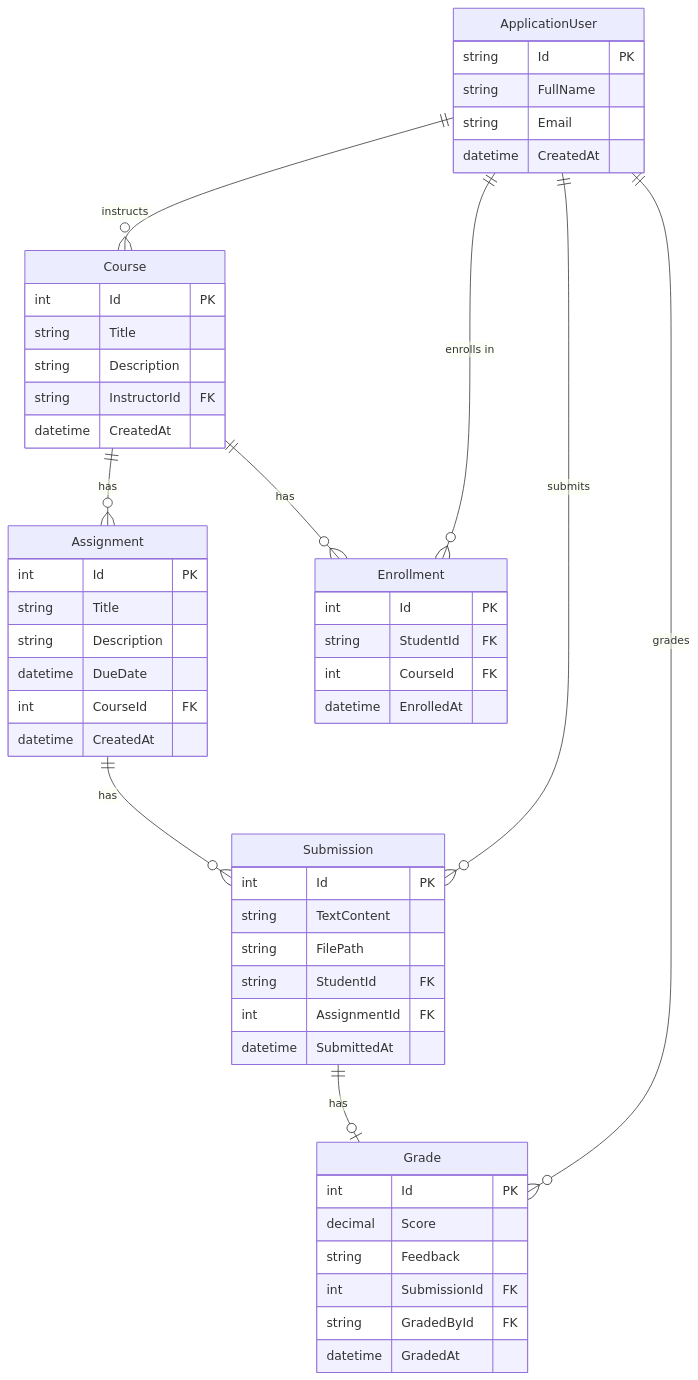
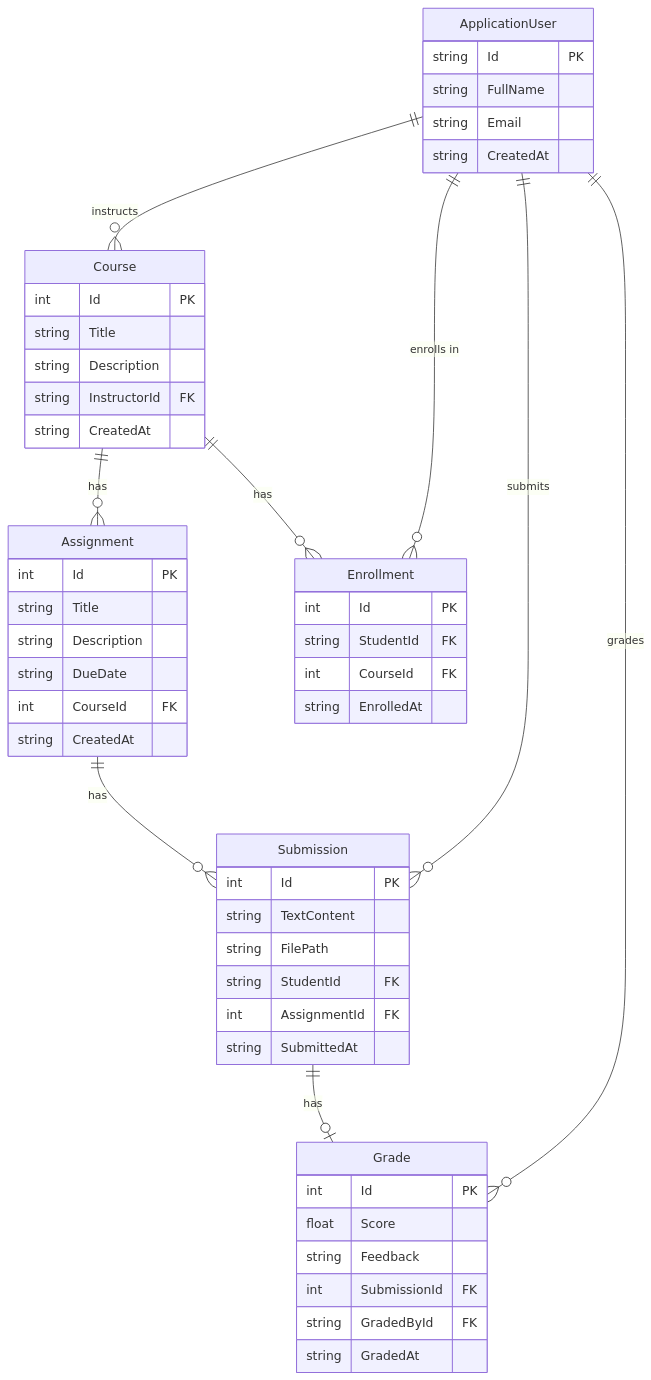
Before and after one commit to jianweicheng0822/learning-management-system: the diagram in README.md, drawn with Mermaid.

Commit message:
fix: use mermaid-compatible types in ER diagram
Replace datetime and decimal with string and float to fix GitHub's
mermaid renderer failing with unrecognized attribute types.

````diff
--- a/README.md
+++ b/README.md
@@ -118,55 +118,55 @@
 ```mermaid
 erDiagram
     ApplicationUser ||--o{ Course : "instructs"
     ApplicationUser ||--o{ Enrollment : "enrolls in"
     ApplicationUser ||--o{ Submission : "submits"
     ApplicationUser ||--o{ Grade : "grades"
     Course ||--o{ Assignment : has
     Course ||--o{ Enrollment : has
     Assignment ||--o{ Submission : has
     Submission ||--o| Grade : has
 
     ApplicationUser {
         string Id PK
         string FullName
         string Email
-        datetime CreatedAt
+        string CreatedAt
     }
     Course {
         int Id PK
         string Title
         string Description
         string InstructorId FK
-        datetime CreatedAt
+        string CreatedAt
     }
     Assignment {
         int Id PK
         string Title
         string Description
-        datetime DueDate
+        string DueDate
         int CourseId FK
-        datetime CreatedAt
+        string CreatedAt
     }
     Enrollment {
         int Id PK
         string StudentId FK
         int CourseId FK
-        datetime EnrolledAt
+        string EnrolledAt
     }
     Submission {
         int Id PK
         string TextContent
         string FilePath
         string StudentId FK
         int AssignmentId FK
-        datetime SubmittedAt
+        string SubmittedAt
     }
     Grade {
         int Id PK
-        decimal Score
+        float Score
         string Feedback
         int SubmissionId FK
         string GradedById FK
-        datetime GradedAt
+        string GradedAt
     }
 ```
````
